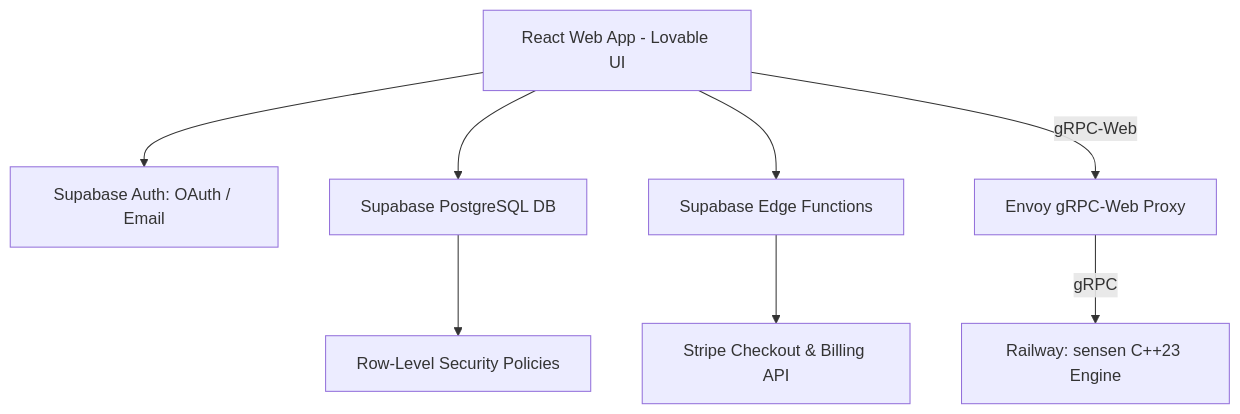
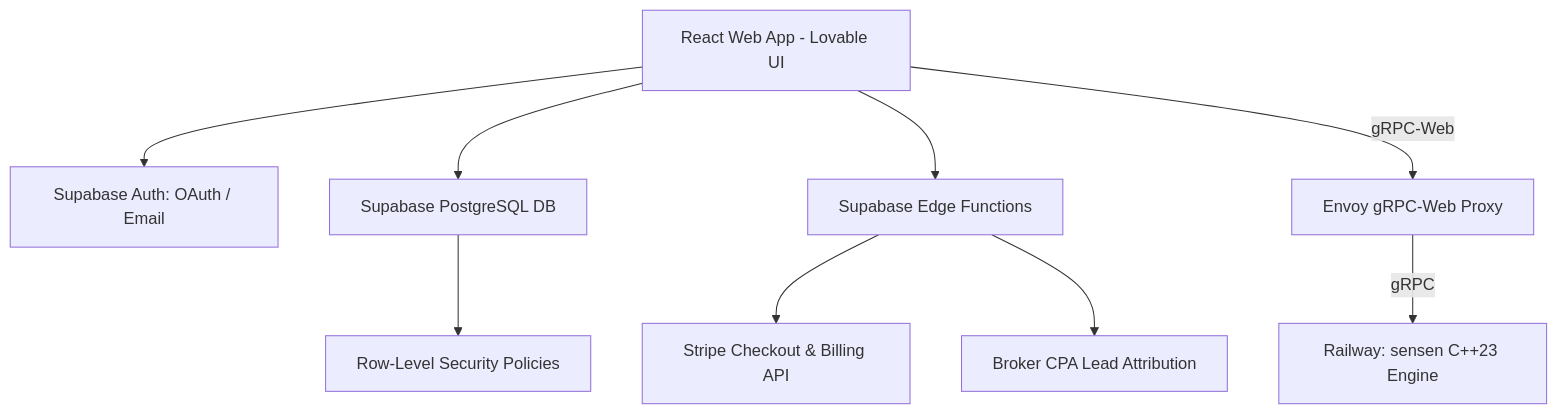
One commit to oldboldpilot/OptionsAndFuturesCalculator changed the second of 4 diagrams in docs/PRD_OPTIONS_AND_FUTURES_CALCULATOR.md. Above: the diagram before and after it, drawn with Mermaid. The commit also changed other lines of this file, not shown here.

````diff
--- a/docs/PRD_OPTIONS_AND_FUTURES_CALCULATOR.md
+++ b/docs/PRD_OPTIONS_AND_FUTURES_CALCULATOR.md
@@ -69,10 +80,11 @@
 ```mermaid
 graph TD
     Client[React Web App - Lovable UI] --> Auth[Supabase Auth: OAuth / Email]
     Client --> DB[Supabase PostgreSQL DB]
     Client --> Edge[Supabase Edge Functions]
     Edge --> Stripe[Stripe Checkout & Billing API]
+    Edge --> LeadTracker[Broker CPA Lead Attribution]
     Client -->|gRPC-Web| Proxy[Envoy gRPC-Web Proxy]
     Proxy -->|gRPC| Engine[Railway: sensen C++23 Engine]
     DB --> RLS[Row-Level Security Policies]
 ```
````
